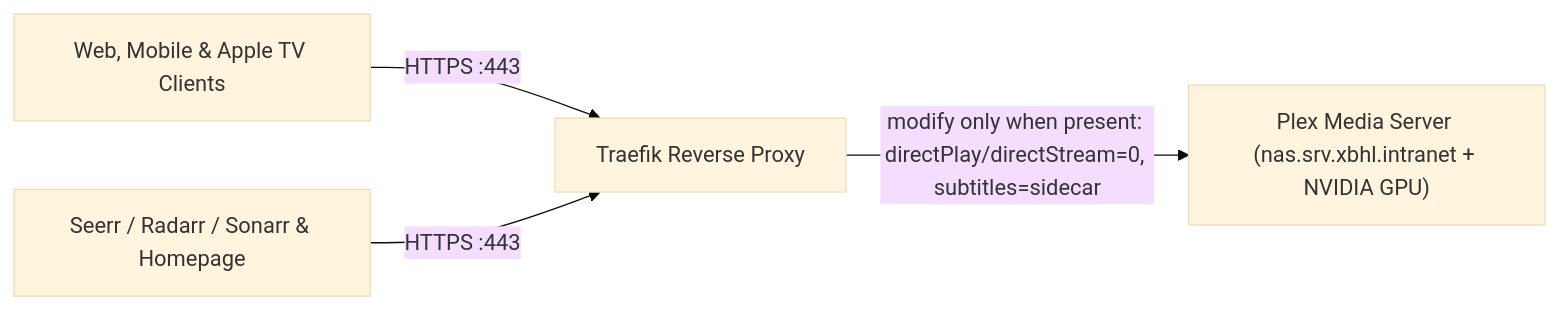
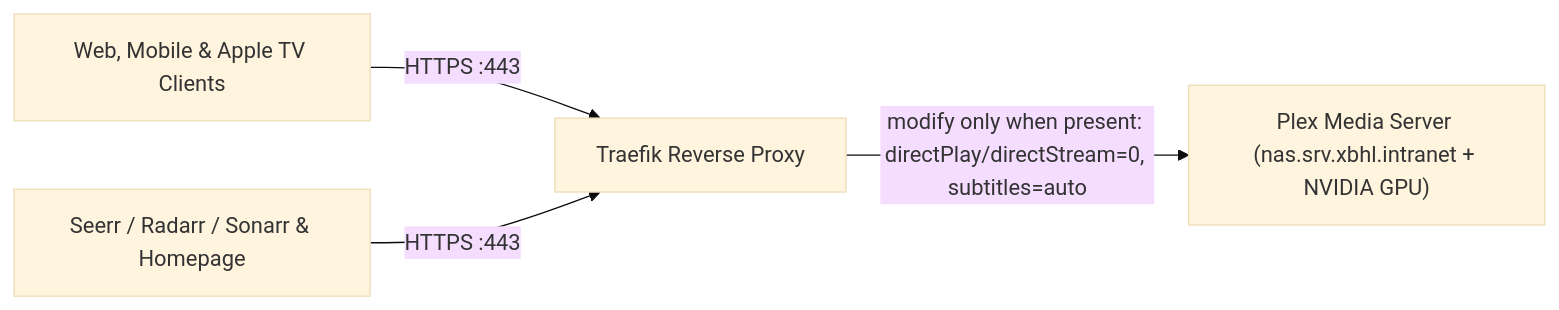
The diagram in README.md (lbarczynski-home-lab/plex), drawn with Mermaid (base theme) before and after one commit. The commit also changed other lines of this file and 1 other file, not shown here.

Commit message:
fix(plex): let PMS embed Apple TV SRT subtitles via subtitles=auto

````diff
--- a/README.md
+++ b/README.md
@@ -19,6 +19,6 @@
 ```mermaid
 flowchart LR
     Clients["Web, Mobile & Apple TV Clients"] -->|"HTTPS :443"| Traefik["Traefik Reverse Proxy"]
     Ecosystem["Seerr / Radarr / Sonarr & Homepage"] -->|"HTTPS :443"| Traefik
-    Traefik -->|"modify only when present: directPlay/directStream=0, subtitles=sidecar"| Plex["Plex Media Server (nas.srv.xbhl.intranet + NVIDIA GPU)"]
+    Traefik -->|"modify only when present: directPlay/directStream=0, subtitles=auto"| Plex["Plex Media Server (nas.srv.xbhl.intranet + NVIDIA GPU)"]
 ```
````
